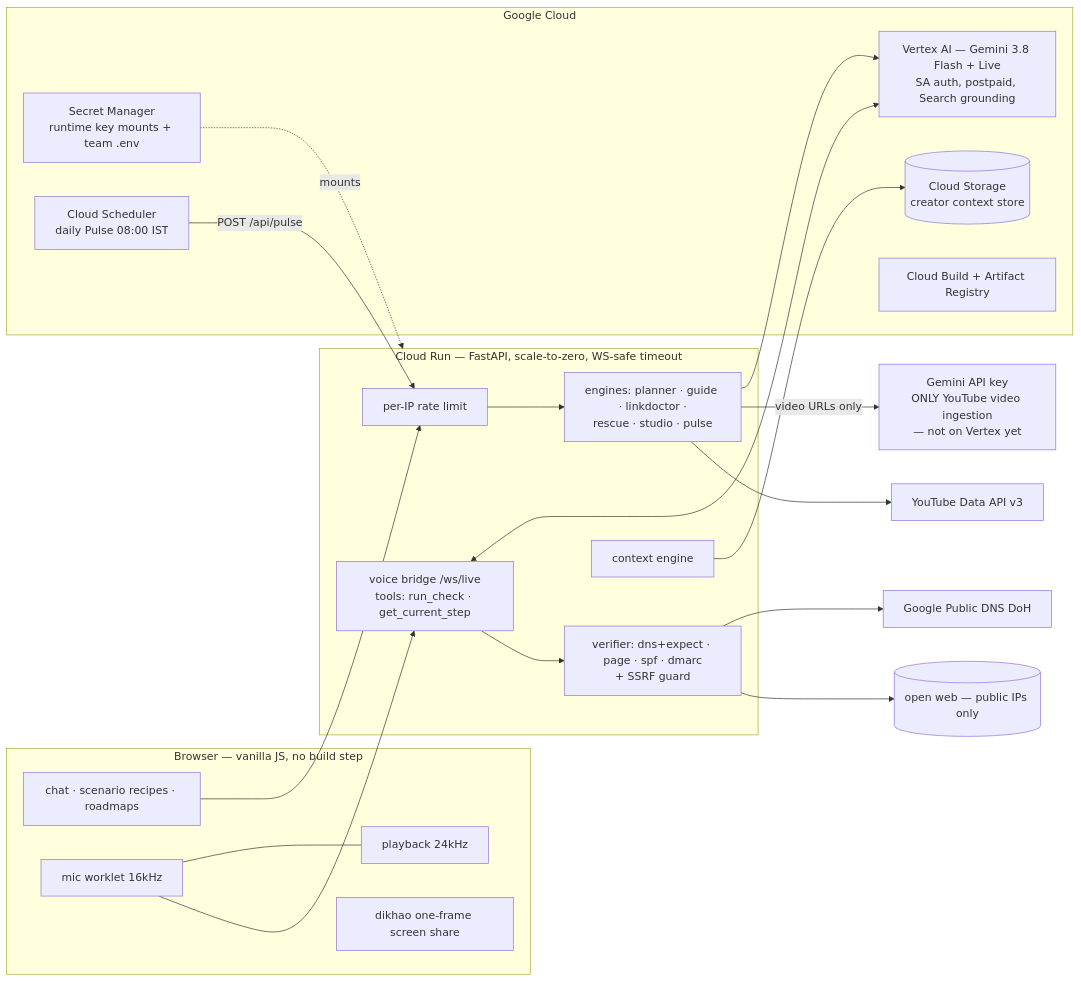
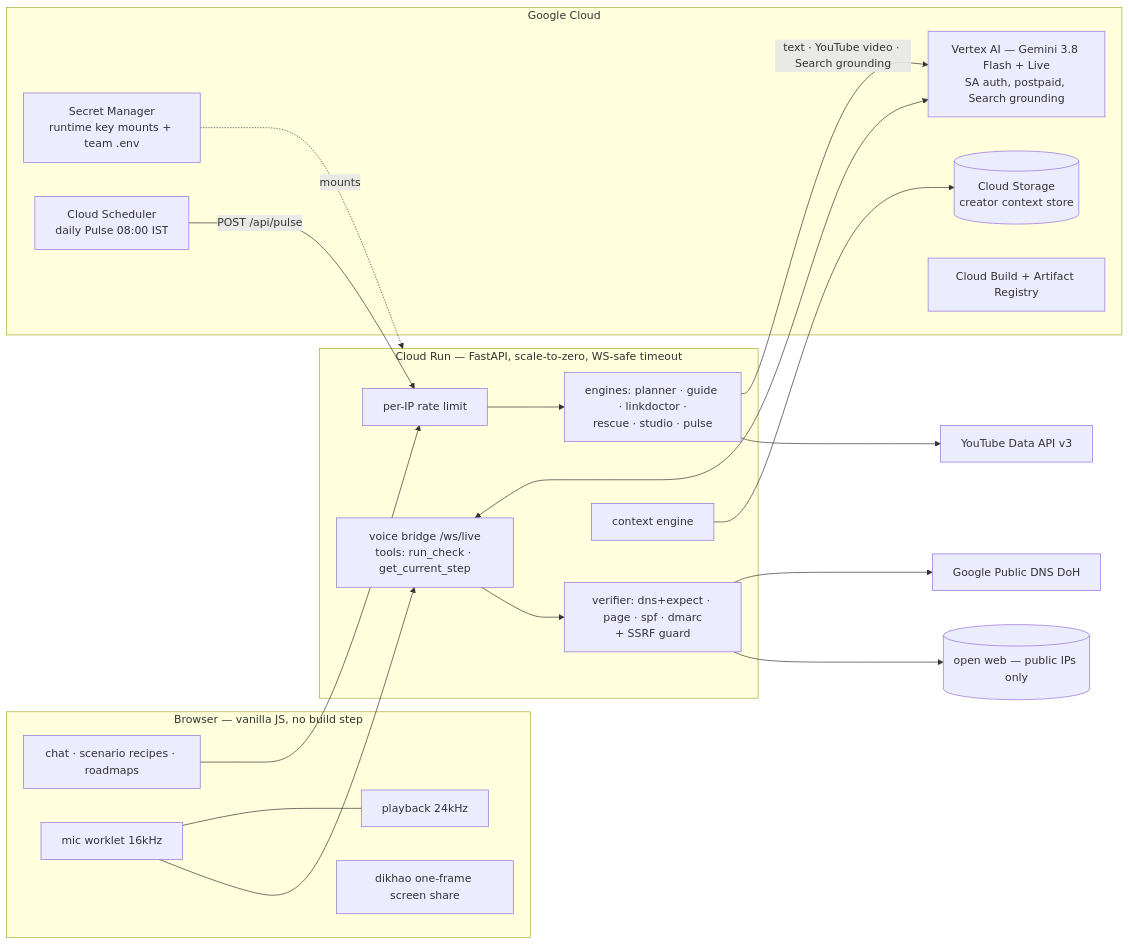
The first of 2 diagrams in docs/architecture.md (jpooja139/raahi), drawn with Mermaid before and after one commit. The commit also changed other lines of this file and 14 other files, not shown here.

First line of the commit message:
docs: Rescue evidence in README, Vertex-only architecture, html/ project hub

````diff
--- a/docs/architecture.md
+++ b/docs/architecture.md
@@ -20,40 +20,38 @@
 ```mermaid
 flowchart LR
   subgraph Client[Browser — vanilla JS, no build step]
     UI[chat · scenario recipes · roadmaps]
     MIC[mic worklet 16kHz] --- SPK[playback 24kHz]
     SHOT["dikhao" one-frame screen share]
   end
 
   subgraph Run[Cloud Run — FastAPI, scale-to-zero, WS-safe timeout]
     RL[per-IP rate limit]
     ENG[engines: planner · guide · linkdoctor ·<br/>rescue · studio · pulse]
     VER[verifier: dns+expect · page · spf · dmarc<br/>+ SSRF guard]
     LIVE[voice bridge /ws/live<br/>tools: run_check · get_current_step]
     CTX[context engine]
   end
 
   subgraph GCP[Google Cloud]
     VAI[Vertex AI — Gemini 3.8 Flash + Live<br/>SA auth, postpaid, Search grounding]
     SM[Secret Manager<br/>runtime key mounts + team .env]
     GCS[(Cloud Storage<br/>creator context store)]
     SCH[Cloud Scheduler<br/>daily Pulse 08:00 IST]
     CB[Cloud Build + Artifact Registry]
   end
 
-  KEY[Gemini API key<br/>ONLY YouTube video ingestion<br/>— not on Vertex yet]
   YT[YouTube Data API v3]
   DNS[Google Public DNS DoH]
   WEB[(open web — public IPs only)]
 
   UI --> RL --> ENG
   MIC --> LIVE <--> VAI
   LIVE --> VER
-  ENG --> VAI
-  ENG -->|video URLs only| KEY
+  ENG -->|text · YouTube video · Search grounding| VAI
   ENG --> YT
   VER --> DNS & WEB
   CTX --> GCS
   SCH -->|POST /api/pulse| RL
   SM -.mounts.-> Run
 ```
````
